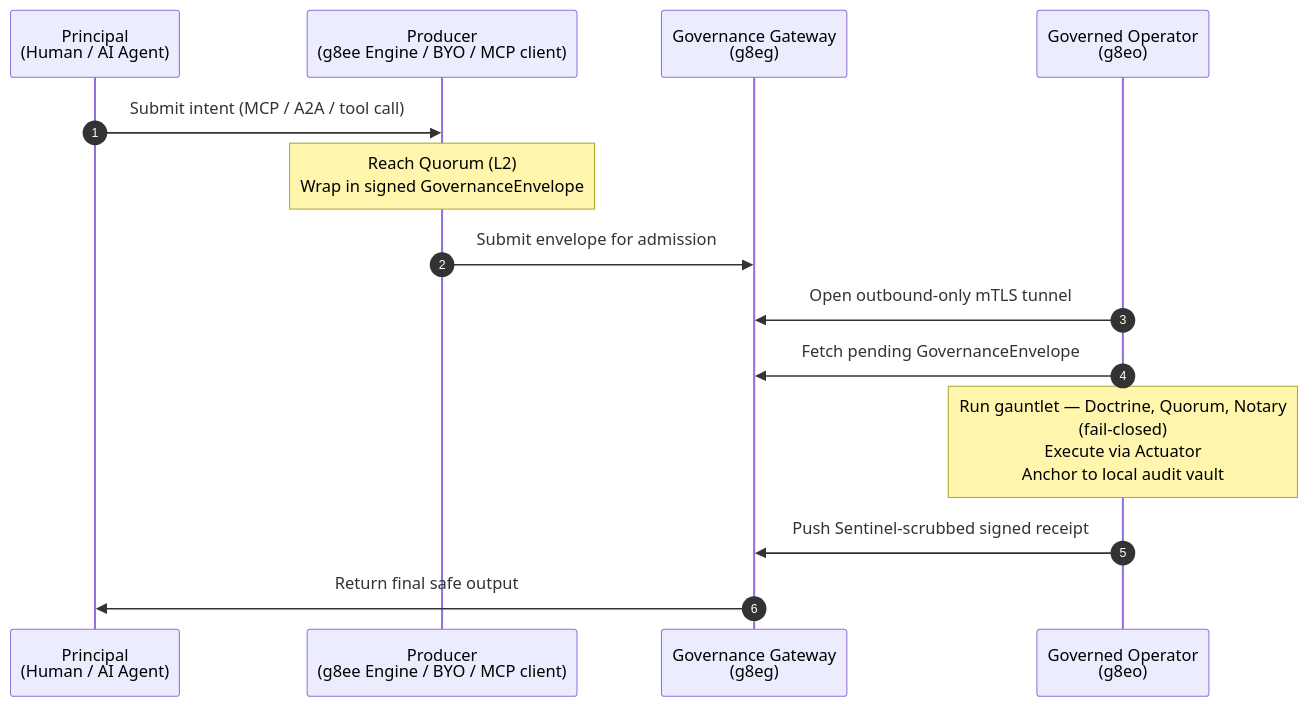
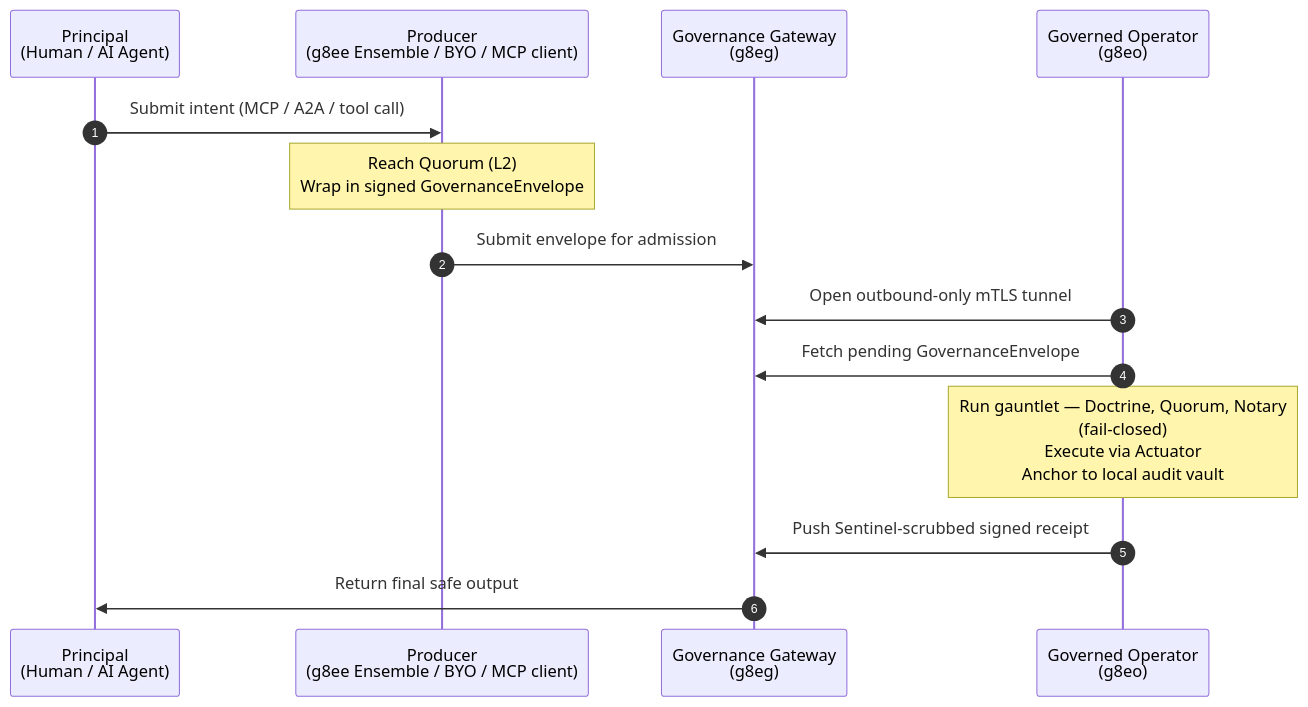
The first of 2 diagrams in README.md (g8e-ai/g8e), drawn with Mermaid before and after one commit. The commit also changed other lines of this file and 52 other files, not shown here.

````diff
--- a/README.md
+++ b/README.md
@@ -113,20 +113,20 @@
 ```mermaid
 sequenceDiagram
     autonumber
     participant Principal as Principal<br/>(Human / AI Agent)
-    participant Engine as Producer<br/>(g8ee Engine / BYO / MCP client)
+    participant Ensemble as Producer<br/>(g8ee Ensemble / BYO / MCP client)
     participant Gateway as Governance Gateway<br/>(g8eg)
     participant Operator as Governed Operator<br/>(g8eo)
 
-    Principal->>Engine: Submit intent (MCP / A2A / tool call)
-    Note over Engine: Reach Quorum (L2)<br/>Wrap in signed GovernanceEnvelope
-    Engine->>Gateway: Submit envelope for admission
+    Principal->>Ensemble: Submit intent (MCP / A2A / tool call)
+    Note over Ensemble: Reach Quorum (L2)<br/>Wrap in signed GovernanceEnvelope
+    Ensemble->>Gateway: Submit envelope for admission
 
     Operator->>Gateway: Open outbound-only mTLS tunnel
     Operator->>Gateway: Fetch pending GovernanceEnvelope
 
     Note over Operator: Run gauntlet — Doctrine, Quorum, Notary<br/>(fail-closed)<br/>Execute via Actuator<br/>Anchor to local audit vault
 
     Operator->>Gateway: Push Sentinel-scrubbed signed receipt
     Gateway->>Principal: Return final safe output
 ```
````
